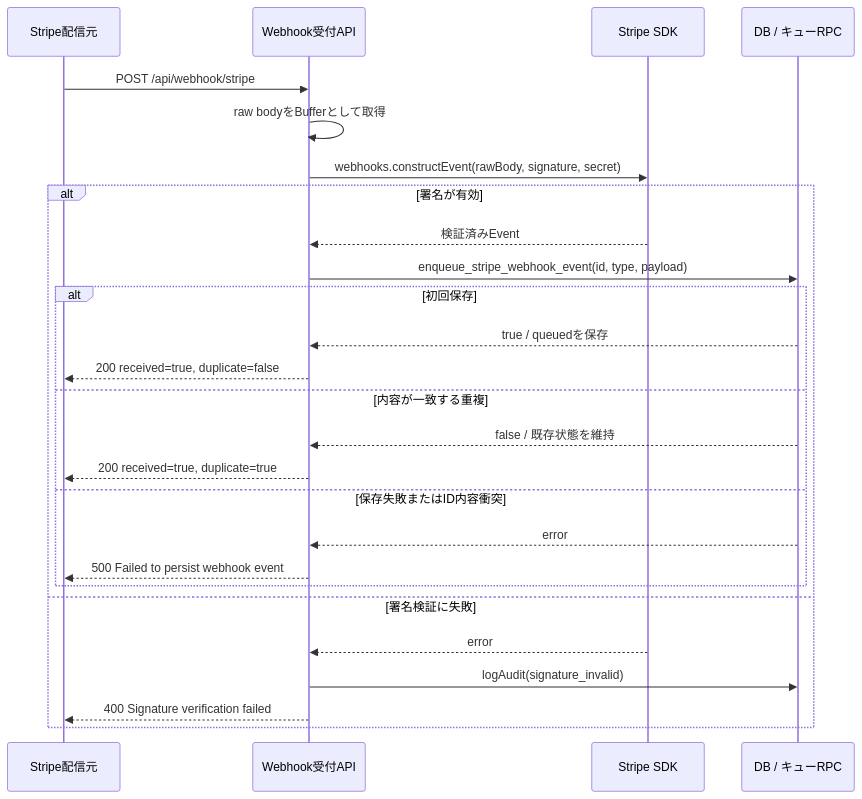
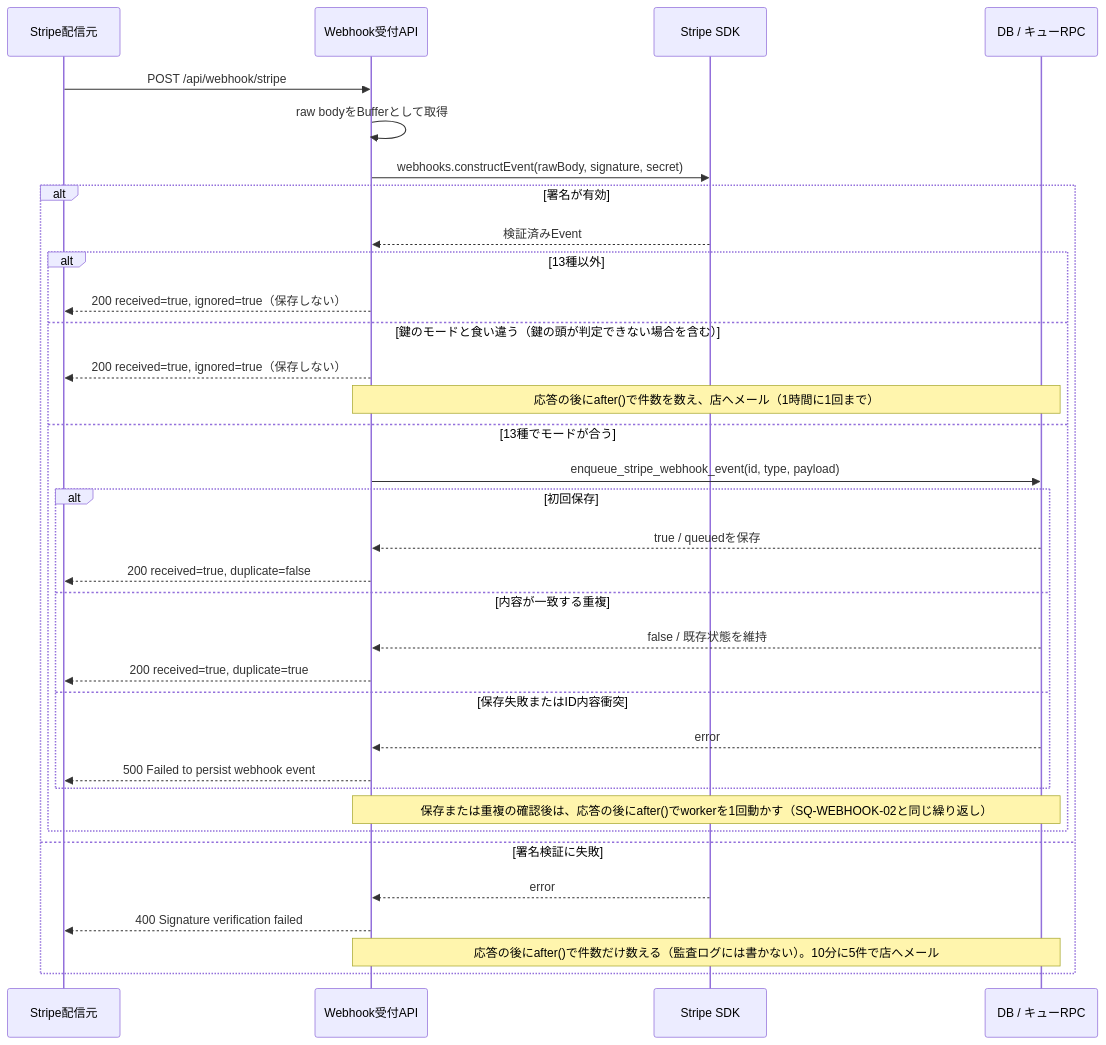
One commit to ChocoWork/o_official changed the first of 2 diagrams in docs/04_DetailDesign/sequence/stripe-webhooks.md. Above: the diagram before and after it, drawn with Mermaid. The commit also changed other lines of this file and 11 other files, not shown here.

````diff
--- a/docs/04_DetailDesign/sequence/stripe-webhooks.md
+++ b/docs/04_DetailDesign/sequence/stripe-webhooks.md
@@ -29,28 +29,36 @@
 ```mermaid
 sequenceDiagram
     participant Stripe as Stripe配信元
     participant API as Webhook受付API
     participant SDK as Stripe SDK
     participant DB as DB / キューRPC
     Stripe->>API: POST /api/webhook/stripe
     API->>API: raw bodyをBufferとして取得
     API->>SDK: webhooks.constructEvent(rawBody, signature, secret)
     alt 署名が有効
         SDK-->>API: 検証済みEvent
-        API->>DB: enqueue_stripe_webhook_event(id, type, payload)
-        alt 初回保存
-            DB-->>API: true / queuedを保存
-            API-->>Stripe: 200 received=true, duplicate=false
-        else 内容が一致する重複
-            DB-->>API: false / 既存状態を維持
-            API-->>Stripe: 200 received=true, duplicate=true
-        else 保存失敗またはID内容衝突
-            DB-->>API: error
-            API-->>Stripe: 500 Failed to persist webhook event
+        alt 13種以外
+            API-->>Stripe: 200 received=true, ignored=true（保存しない）
+        else 鍵のモードと食い違う（鍵の頭が判定できない場合を含む）
+            API-->>Stripe: 200 received=true, ignored=true（保存しない）
+            Note over API,DB: 応答の後にafter()で件数を数え、店へメール（1時間に1回まで）
+        else 13種でモードが合う
+            API->>DB: enqueue_stripe_webhook_event(id, type, payload)
+            alt 初回保存
+                DB-->>API: true / queuedを保存
+                API-->>Stripe: 200 received=true, duplicate=false
+            else 内容が一致する重複
+                DB-->>API: false / 既存状態を維持
+                API-->>Stripe: 200 received=true, duplicate=true
+            else 保存失敗またはID内容衝突
+                DB-->>API: error
+                API-->>Stripe: 500 Failed to persist webhook event
+            end
+            Note over API,DB: 保存または重複の確認後は、応答の後にafter()でworkerを1回動かす（SQ-WEBHOOK-02と同じ繰り返し）
         end
     else 署名検証に失敗
         SDK-->>API: error
-        API->>DB: logAudit(signature_invalid)
         API-->>Stripe: 400 Signature verification failed
+        Note over API,DB: 応答の後にafter()で件数だけ数える（監査ログには書かない）。10分に5件で店へメール
     end
 ```
````
